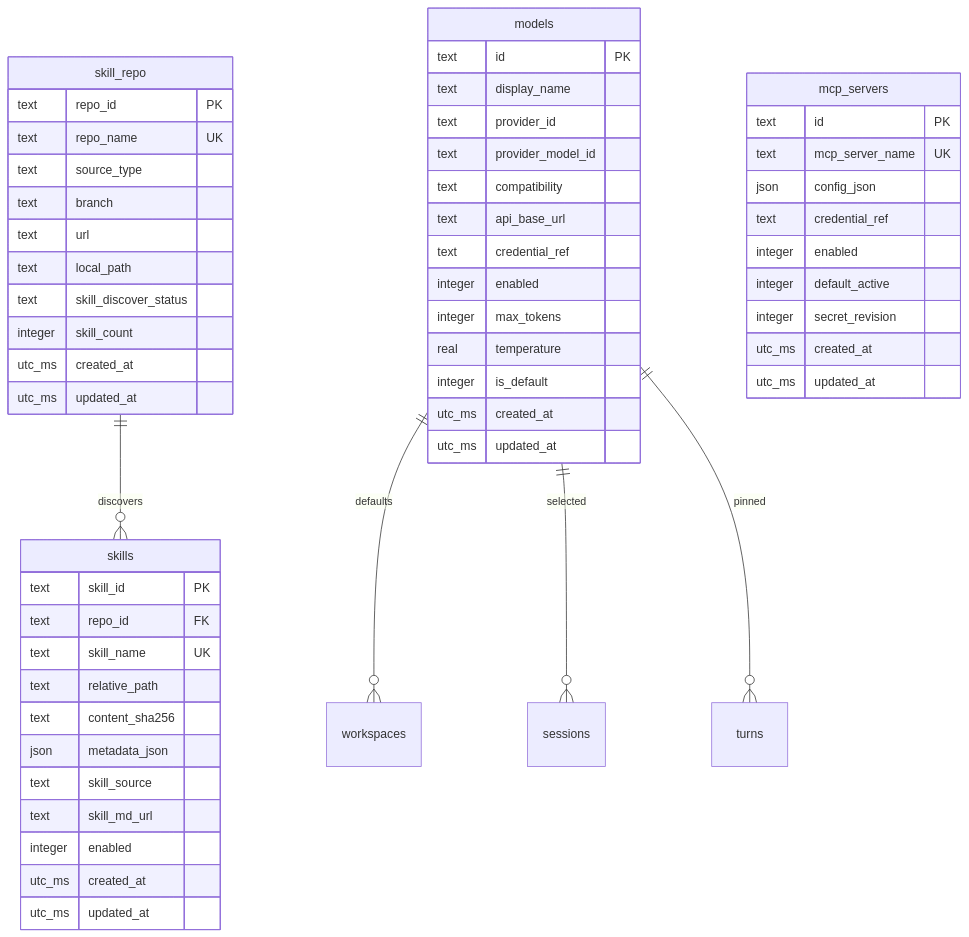
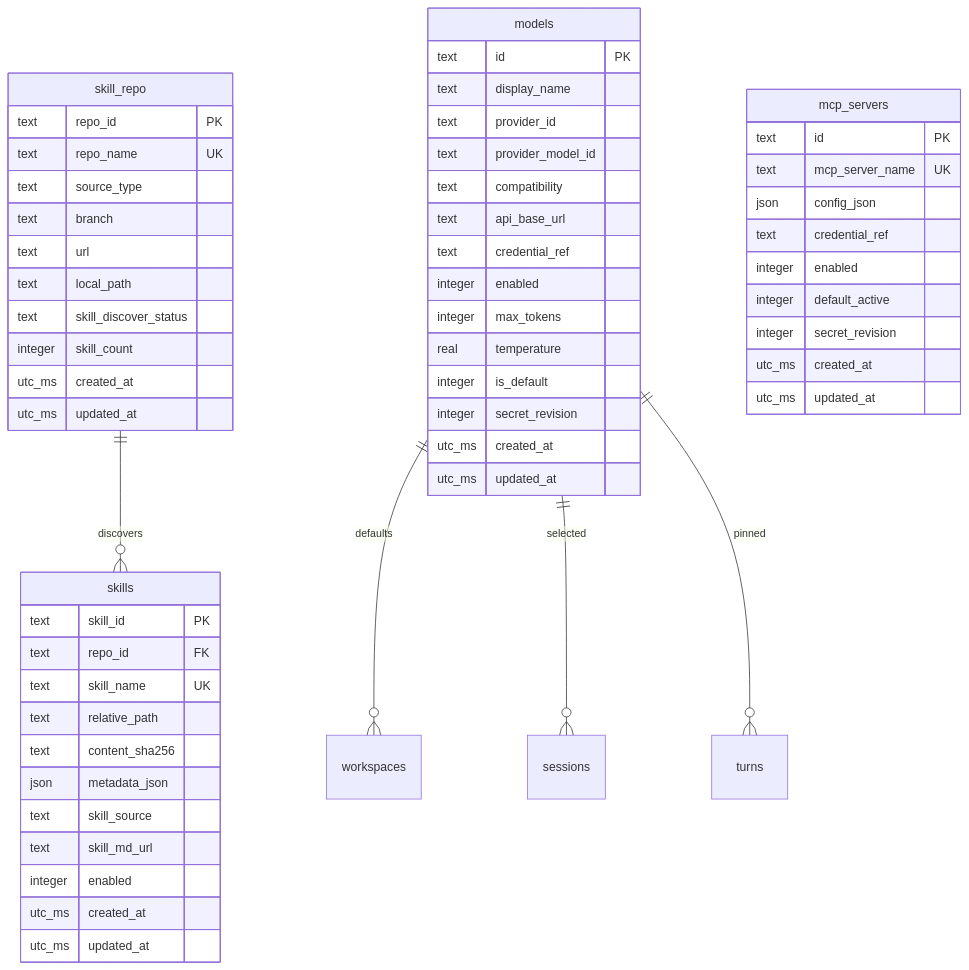
Before and after one commit to openeuler-mirror/witty-service: the second of 4 diagrams in docs/database-model-design.md, drawn with Mermaid. The commit also changed other lines of this file, not shown here.

Commit message:
docs(db): 模型凭据按 provider 共享并引入 secret_revision

````diff
--- a/docs/database-model-design.md
+++ b/docs/database-model-design.md
@@ -415,58 +415,59 @@
 ```mermaid
 erDiagram
     skill_repo ||--o{ skills : discovers
     models ||--o{ workspaces : defaults
     models ||--o{ sessions : selected
     models ||--o{ turns : pinned
     models {
         text id PK
         text display_name
         text provider_id
         text provider_model_id
         text compatibility
         text api_base_url
         text credential_ref
         integer enabled
         integer max_tokens
         real temperature
         integer is_default
+        integer secret_revision
         utc_ms created_at
         utc_ms updated_at
     }
     skill_repo {
         text repo_id PK
         text repo_name UK
         text source_type
         text branch
         text url
         text local_path
         text skill_discover_status
         integer skill_count
         utc_ms created_at
         utc_ms updated_at
     }
     skills {
         text skill_id PK
         text repo_id FK
         text skill_name UK
         text relative_path
         text content_sha256
         json metadata_json
         text skill_source
         text skill_md_url
         integer enabled
         utc_ms created_at
         utc_ms updated_at
     }
     mcp_servers {
         text id PK
         text mcp_server_name UK
         json config_json
         text credential_ref
         integer enabled
         integer default_active
         integer secret_revision
         utc_ms created_at
         utc_ms updated_at
     }
 ```
````
